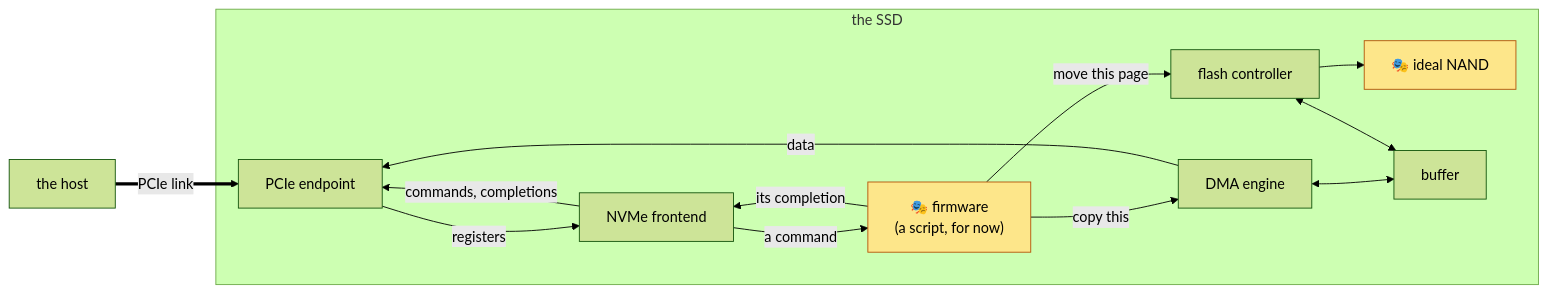
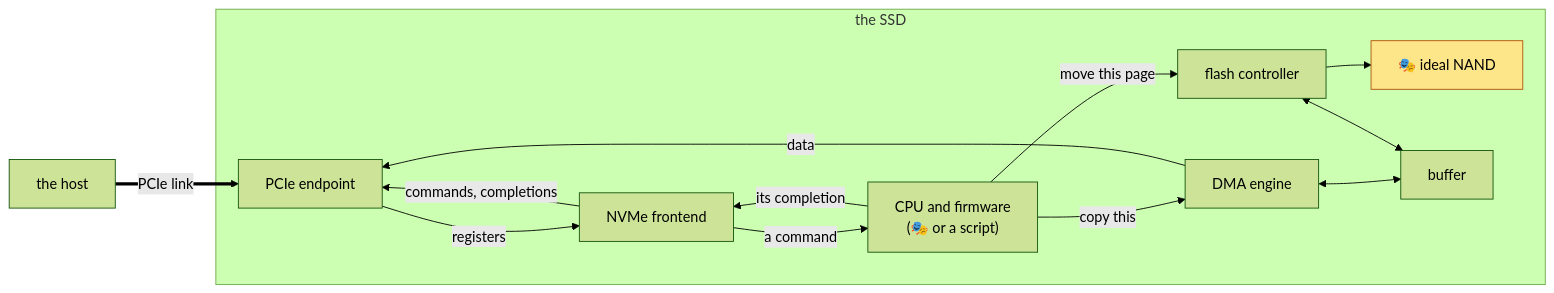
One commit to cphurley82/socpuppet changed the second of 3 diagrams in docs/architecture.md. Above: the diagram before and after it, drawn with Mermaid (forest theme). The commit also changed other lines of this file and 4 other files, not shown here.

````diff
--- a/docs/architecture.md
+++ b/docs/architecture.md
@@ -55,27 +55,27 @@
 ```mermaid
 flowchart LR
     host["the host"]
     subgraph ssd["the SSD"]
         ep["PCIe endpoint"]
         fe["NVMe frontend"]
-        cpu["🎭 firmware<br/>(a script, for now)"]
+        cpu["CPU and firmware<br/>(🎭 or a script)"]
         dma["DMA engine"]
         flash["flash controller"]
         nand["🎭 ideal NAND"]
         buf["buffer"]
         ep -- "registers" --> fe
         fe -- "a command" --> cpu
         cpu -- "its completion" --> fe
         cpu -- "copy this" --> dma
         cpu -- "move this page" --> flash
         dma <--> buf
         flash <--> buf
         flash --> nand
         fe -- "commands, completions" --> ep
         dma -- "data" --> ep
     end
     host == "PCIe link" ==> ep
 
     classDef standin fill:#fde68a,stroke:#b45309,color:#000
-    class cpu,nand standin
+    class nand standin
 ```
````
